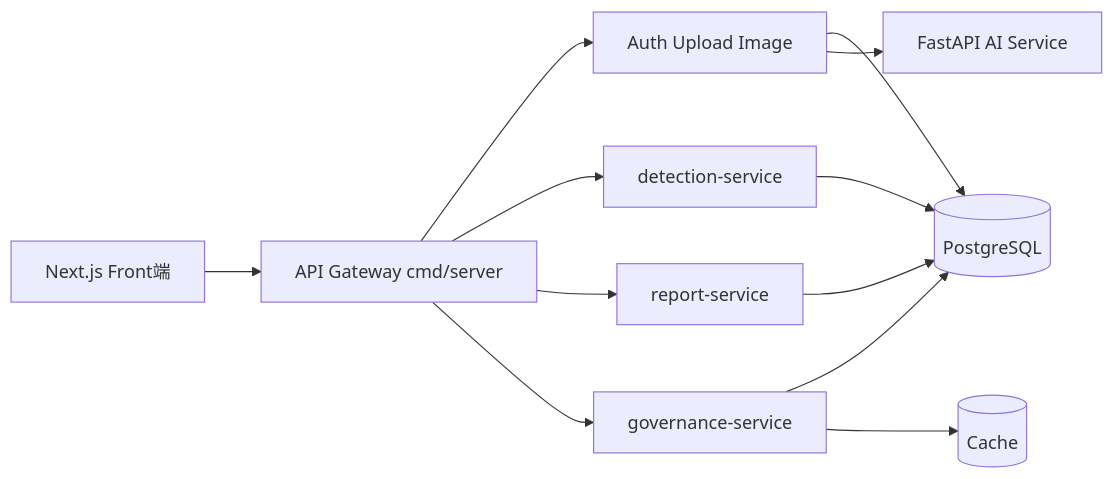
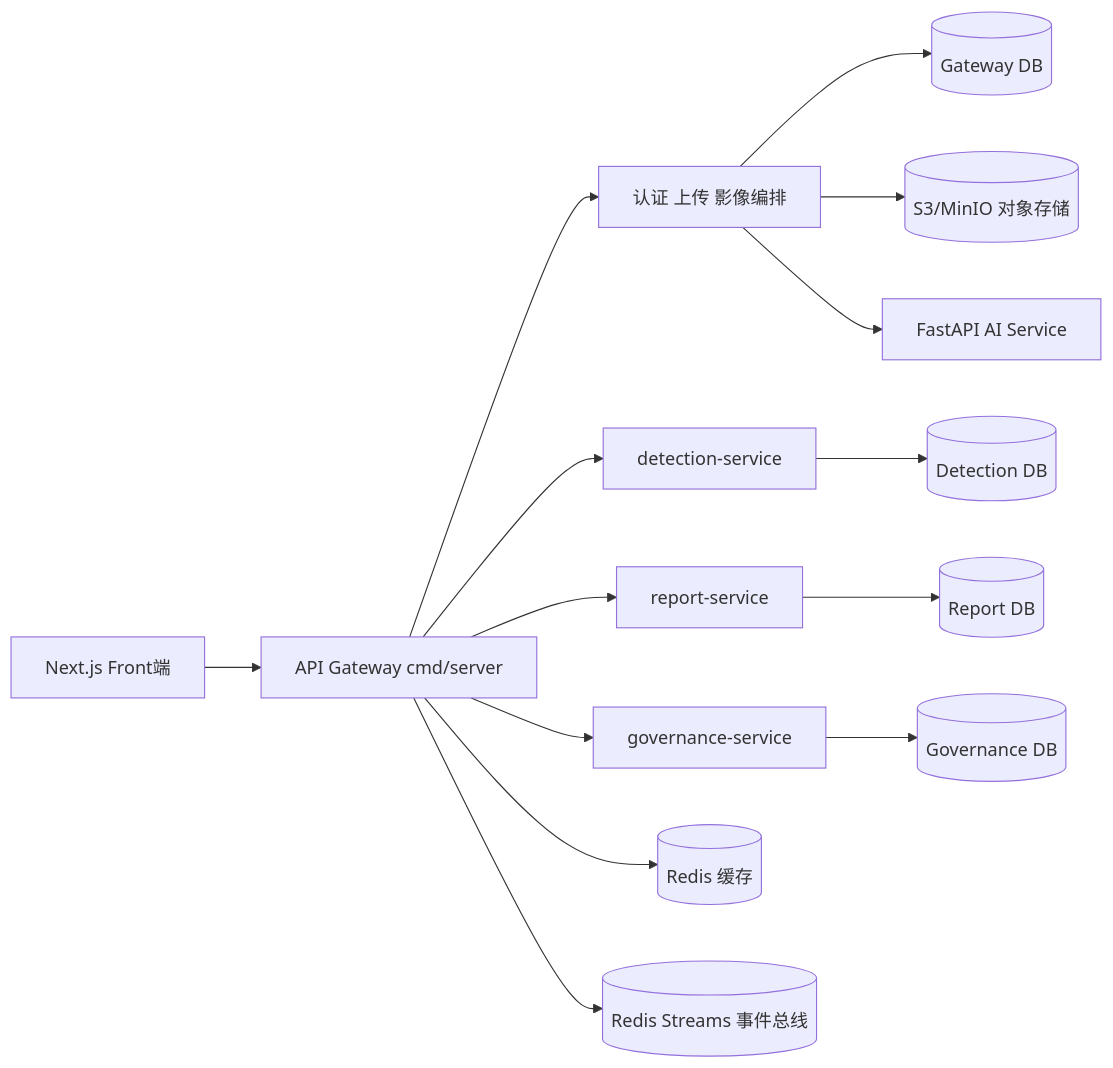
Before and after one commit to laixinyu/cancer-detection-system: the first of 2 diagrams in README.md, drawn with Mermaid. The commit also changed other lines of this file and 36 other files, not shown here.

Commit message:
docs: refactor architecture diagrams to reflect true microservices boundary and database isolation

````diff
--- a/README.md
+++ b/README.md
@@ -37,14 +37,16 @@
 ```mermaid
 flowchart LR
   FE[Next.js Front端] --> GW[API Gateway cmd/server]
-  GW --> AUTH[Auth Upload Image]
+  GW --> ORCH[认证 上传 影像编排]
   GW --> DET[detection-service]
   GW --> REP[report-service]
   GW --> GOV[governance-service]
-  AUTH --> DB[(PostgreSQL)]
-  DET --> DB
-  REP --> DB
-  GOV --> DB
-  GOV --> CACHE[(Cache)]
-  AUTH --> AI[FastAPI AI Service]
+  ORCH --> GDB[(Gateway DB)]
+  DET --> DDB[(Detection DB)]
+  REP --> RDB[(Report DB)]
+  GOV --> VDB[(Governance DB)]
+  GW --> CACHE[(Redis 缓存)]
+  GW --> BUS[(Redis Streams 事件总线)]
+  ORCH --> OBJ[(S3/MinIO 对象存储)]
+  ORCH --> AI[FastAPI AI Service]
 ```
````
